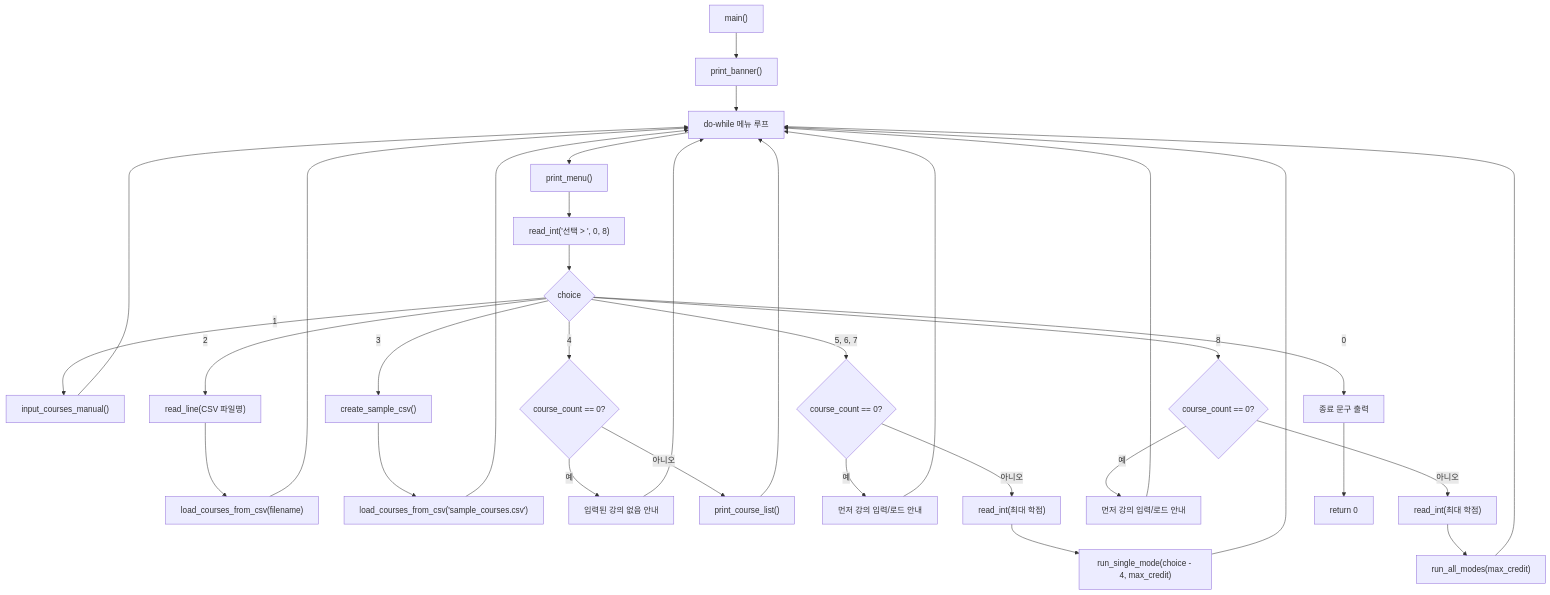
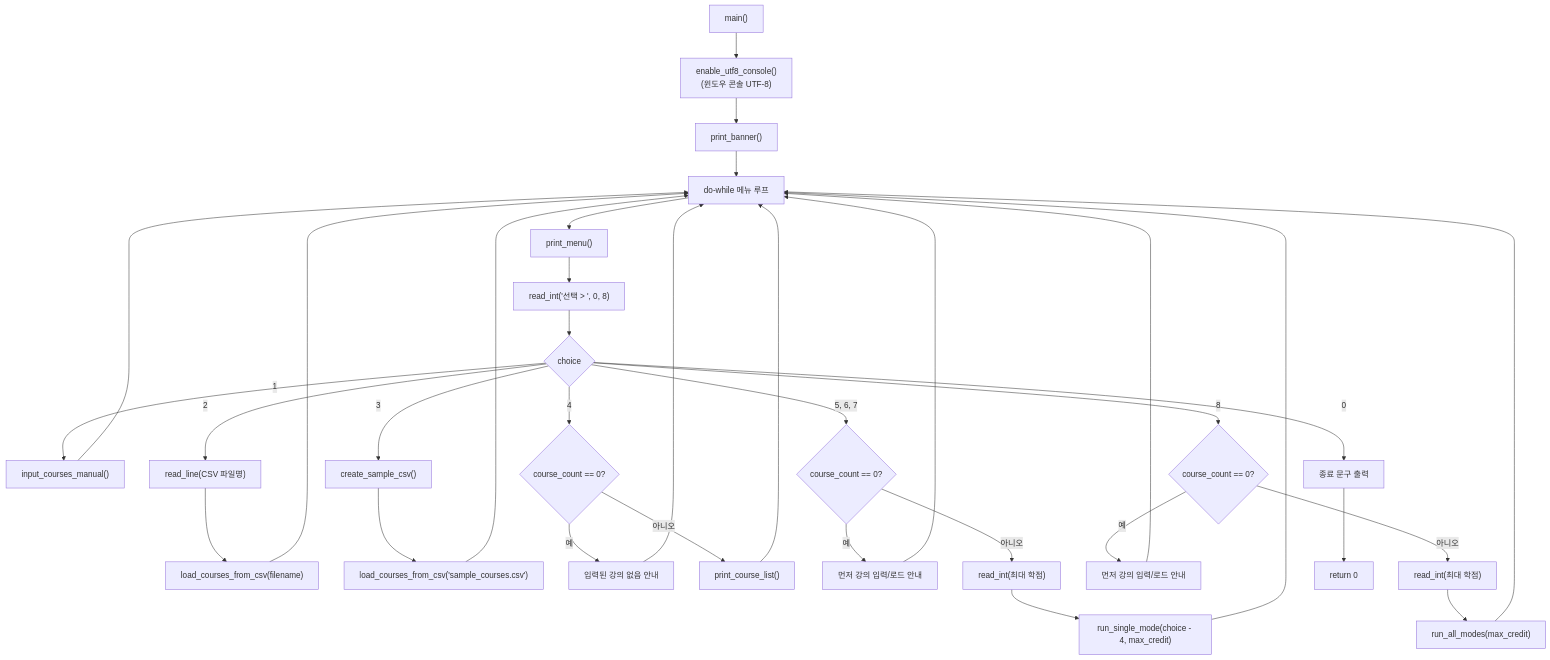
The diagram in docs/main-menu-flow.md (saltyming/cau_schedule), drawn with Mermaid before and after one commit. The commit also changed 5 other files, not shown here.

````diff
--- a/docs/main-menu-flow.md
+++ b/docs/main-menu-flow.md
@@ -5,40 +5,41 @@
 ```mermaid
 flowchart TD
-  A["main()"] --> B["print_banner()"]
+  A["main()"] --> A0["enable_utf8_console()<br/>(윈도우 콘솔 UTF-8)"]
+  A0 --> B["print_banner()"]
   B --> C["do-while 메뉴 루프"]
   C --> D["print_menu()"]
   D --> E["read_int('선택 > ', 0, 8)"]
   E --> F{"choice"}
 
   F -->|1| G["input_courses_manual()"]
   F -->|2| H["read_line(CSV 파일명)"]
   H --> I["load_courses_from_csv(filename)"]
   F -->|3| J["create_sample_csv()"]
   J --> K["load_courses_from_csv('sample_courses.csv')"]
   F -->|4| L{"course_count == 0?"}
   L -->|예| M["입력된 강의 없음 안내"]
   L -->|아니오| N["print_course_list()"]
 
   F -->|5, 6, 7| O{"course_count == 0?"}
   O -->|예| P["먼저 강의 입력/로드 안내"]
   O -->|아니오| Q["read_int(최대 학점)"]
   Q --> R["run_single_mode(choice - 4, max_credit)"]
 
   F -->|8| S{"course_count == 0?"}
   S -->|예| T["먼저 강의 입력/로드 안내"]
   S -->|아니오| U["read_int(최대 학점)"]
   U --> V["run_all_modes(max_credit)"]
 
   F -->|0| W["종료 문구 출력"]
 
   G --> C
   I --> C
   K --> C
   M --> C
   N --> C
   P --> C
   R --> C
   T --> C
   V --> C
   W --> X["return 0"]
 ```
````
